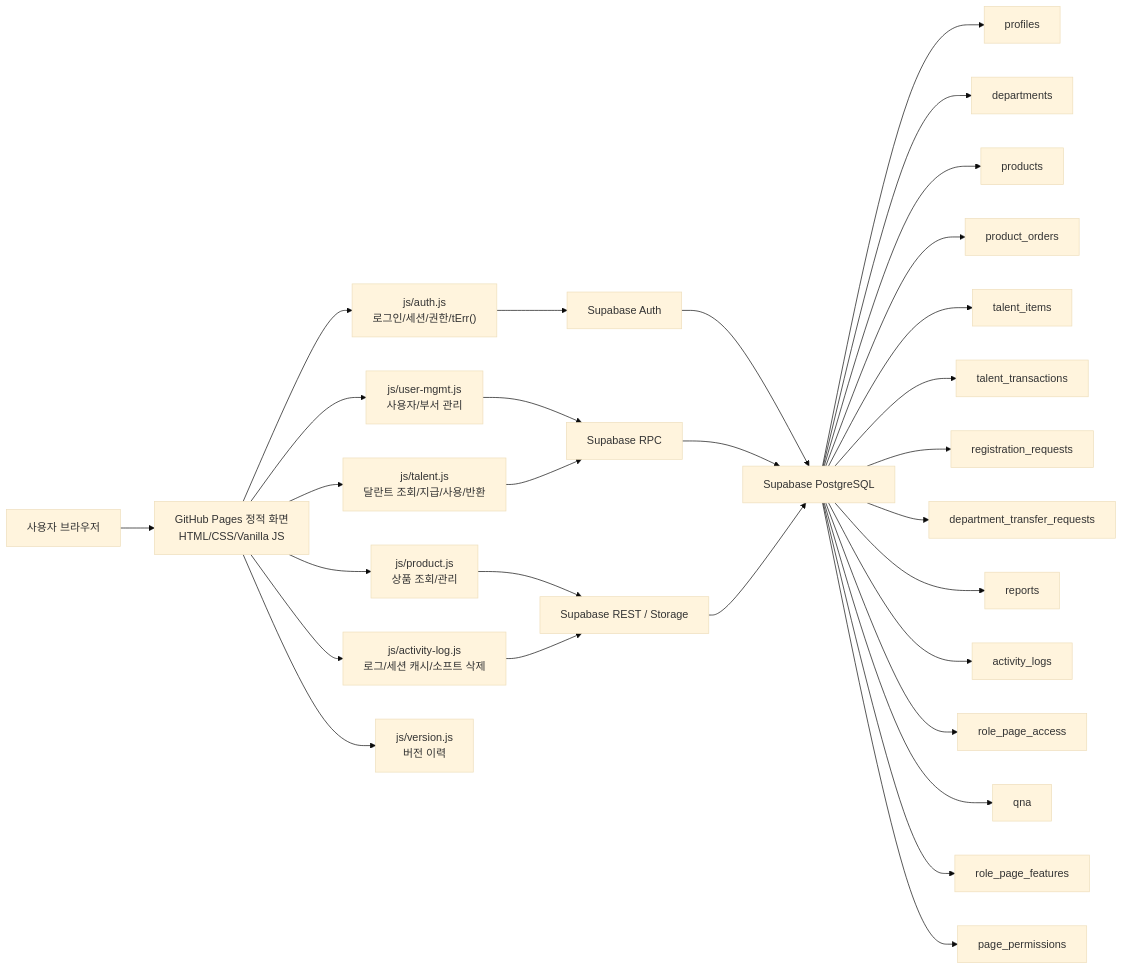
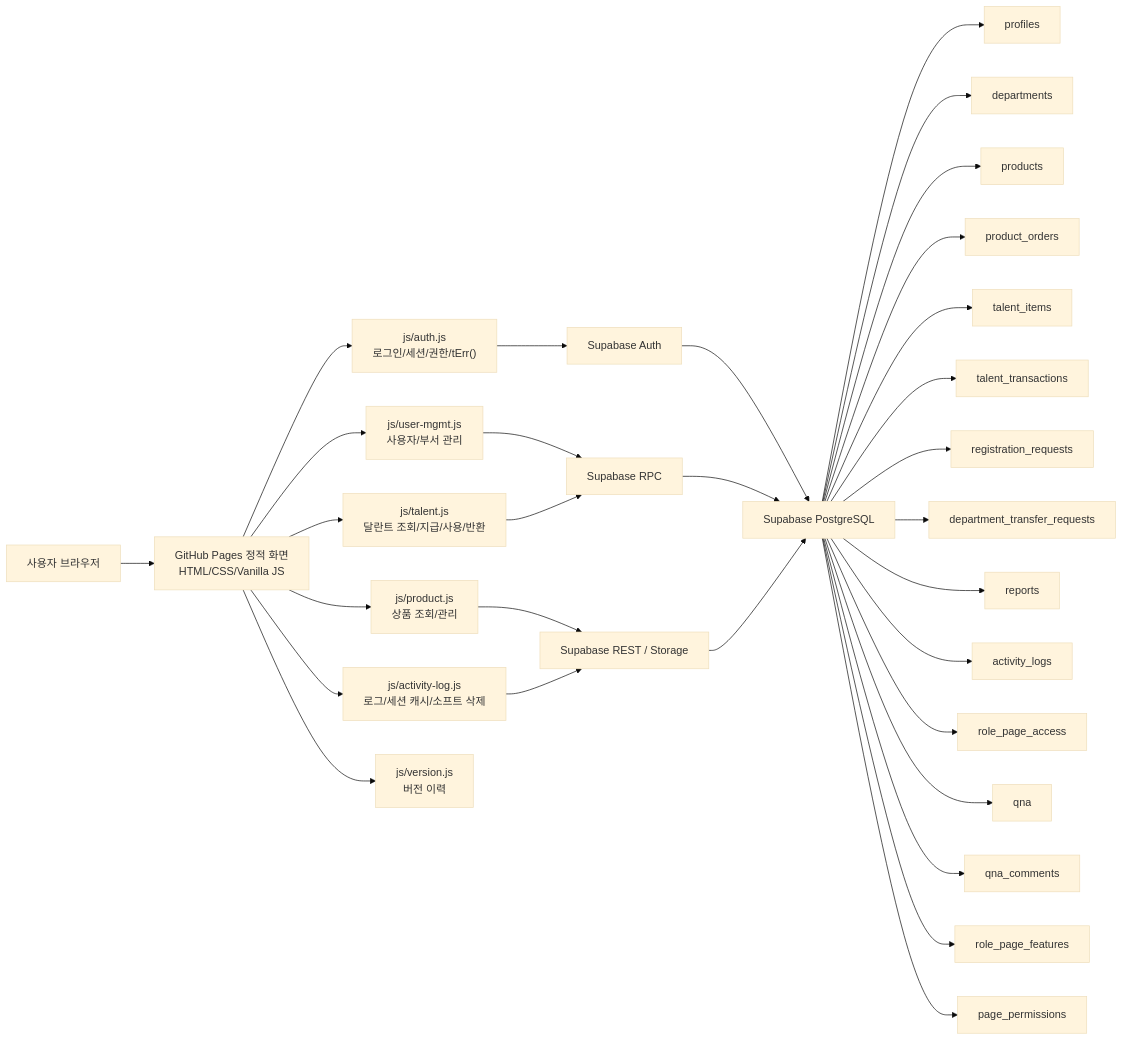
The first of 11 diagrams in docs/PROJECT_ARCHITECTURE_FLOW.md (CHO-Talents/CHO-Talents), drawn with Mermaid (base theme) before and after one commit. The commit also changed other lines of this file and 30 other files, not shown here.

````diff
--- a/docs/PROJECT_ARCHITECTURE_FLOW.md
+++ b/docs/PROJECT_ARCHITECTURE_FLOW.md
@@ -24,36 +24,37 @@
 ```mermaid
 flowchart LR
   User["사용자 브라우저"] --> Pages["GitHub Pages 정적 화면<br/>HTML/CSS/Vanilla JS"]
 
   Pages --> AuthJS["js/auth.js<br/>로그인/세션/권한/tErr()"]
   Pages --> LogJS["js/activity-log.js<br/>로그/세션 캐시/소프트 삭제"]
   Pages --> UserMgmt["js/user-mgmt.js<br/>사용자/부서 관리"]
   Pages --> TalentJS["js/talent.js<br/>달란트 조회/지급/사용/반환"]
   Pages --> ProductJS["js/product.js<br/>상품 조회/관리"]
   Pages --> VersionJS["js/version.js<br/>버전 이력"]
 
   AuthJS --> Auth["Supabase Auth"]
   UserMgmt --> RPC["Supabase RPC"]
   TalentJS --> RPC
   ProductJS --> Rest["Supabase REST / Storage"]
   LogJS --> Rest
 
   Auth --> DB["Supabase PostgreSQL"]
   RPC --> DB
   Rest --> DB
 
   DB --> Profiles["profiles"]
   DB --> Departments["departments"]
   DB --> Products["products"]
   DB --> Orders["product_orders"]
   DB --> Items["talent_items"]
   DB --> Transactions["talent_transactions"]
   DB --> Requests["registration_requests"]
   DB --> Transfers["department_transfer_requests"]
   DB --> Reports["reports"]
   DB --> Logs["activity_logs"]
   DB --> RoleAccess["role_page_access"]
   DB --> QnA["qna"]
+  DB --> QnAComments["qna_comments"]
   DB --> RoleFeatures["role_page_features"]
   DB --> PagePerms["page_permissions"]
 ```
````
